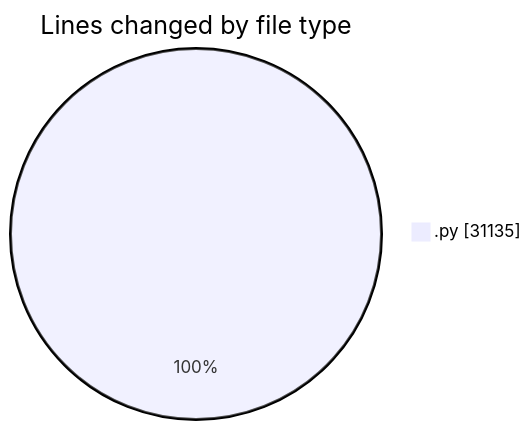
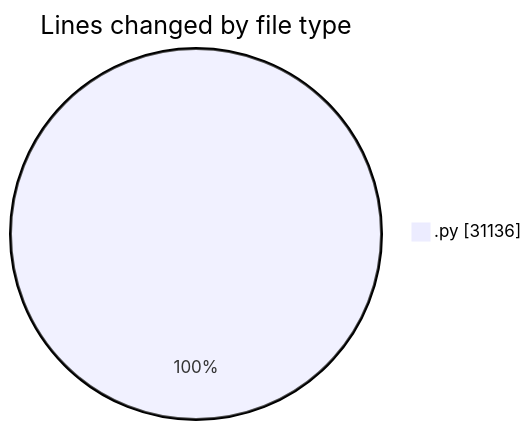
The first of 2 diagrams in 2025-11-14/eventscop-api-guide__workspace_/README.md (julien-gomy/code-tracking), drawn with Mermaid before and after one commit. The commit also changed other lines of this file and 1 other file, not shown here.

````diff
--- a/2025-11-14/eventscop-api-guide__workspace_/README.md
+++ b/2025-11-14/eventscop-api-guide__workspace_/README.md
@@ -25,5 +25,5 @@
 ```mermaid
 pie showData
 title Lines changed by file type
-".py" : 31135
+".py" : 31136
 ```
````
